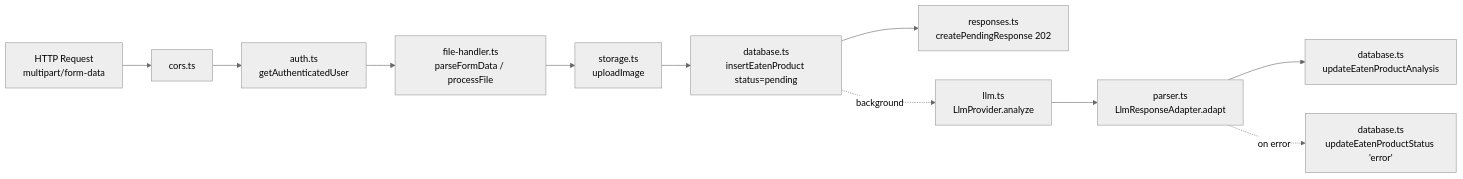
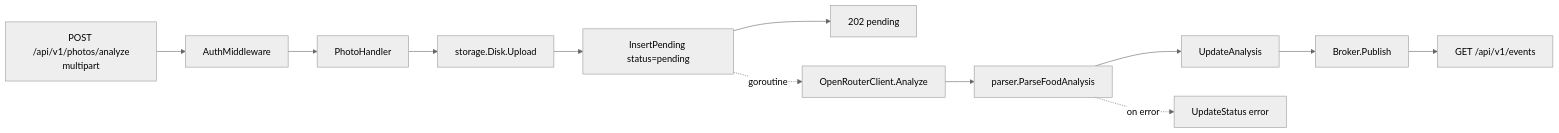
Before and after one commit to fedor-resh/macros-count-app: the third of 4 diagrams in docs/05-architecture.md, drawn with Mermaid (neutral theme). The commit also changed other lines of this file and 87 other files, not shown here.

````diff
--- a/docs/05-architecture.md
+++ b/docs/05-architecture.md
@@ -93,14 +89,14 @@
 ```mermaid
 graph LR
-    Req[HTTP Request<br/>multipart/form-data] --> Cors[cors.ts]
-    Cors --> Auth[auth.ts<br/>getAuthenticatedUser]
-    Auth --> File[file-handler.ts<br/>parseFormData / processFile]
-    File --> Stor[storage.ts<br/>uploadImage]
-    Stor --> DB1[database.ts<br/>insertEatenProduct status=pending]
-    DB1 --> Resp[responses.ts<br/>createPendingResponse 202]
-
-    DB1 -. background .-> LLM[llm.ts<br/>LlmProvider.analyze]
-    LLM --> Parser[parser.ts<br/>LlmResponseAdapter.adapt]
-    Parser --> DB2[database.ts<br/>updateEatenProductAnalysis]
-    Parser -. on error .-> DBErr[database.ts<br/>updateEatenProductStatus 'error']
+    Req[POST /api/v1/photos/analyze<br/>multipart] --> AuthMw[AuthMiddleware]
+    AuthMw --> Photo[PhotoHandler]
+    Photo --> Disk[storage.Disk.Upload]
+    Disk --> DB1[InsertPending status=pending]
+    DB1 --> Resp[202 pending]
+    DB1 -. goroutine .-> LLM[OpenRouterClient.Analyze]
+    LLM --> Parser[parser.ParseFoodAnalysis]
+    Parser --> DB2[UpdateAnalysis]
+    Parser -. on error .-> DBErr[UpdateStatus error]
+    DB2 --> SSE[Broker.Publish]
+    SSE --> Client[GET /api/v1/events]
 ```
````
